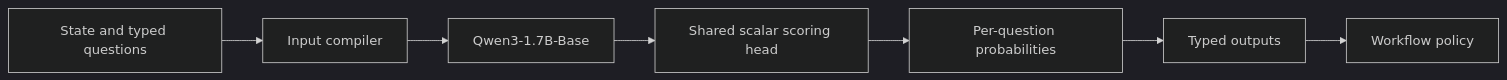
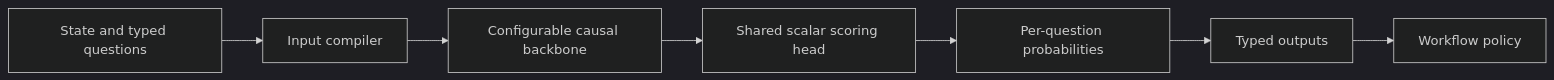
One commit to overfit-lab/OpenJev changed the diagram in README.md. Above: the diagram before and after it, drawn with Mermaid (dark theme). The commit also changed other lines of this file and 57 other files, not shown here.

````diff
--- a/README.md
+++ b/README.md
@@ -80,9 +91,9 @@
 ```mermaid
 flowchart LR
     A[State and typed questions] --> B[Input compiler]
-    B --> C[Qwen3-1.7B-Base]
+    B --> C[Configurable causal backbone]
     C --> D[Shared scalar scoring head]
     D --> E[Per-question probabilities]
     E --> F[Typed outputs]
     F --> G[Workflow policy]
 ```
````
